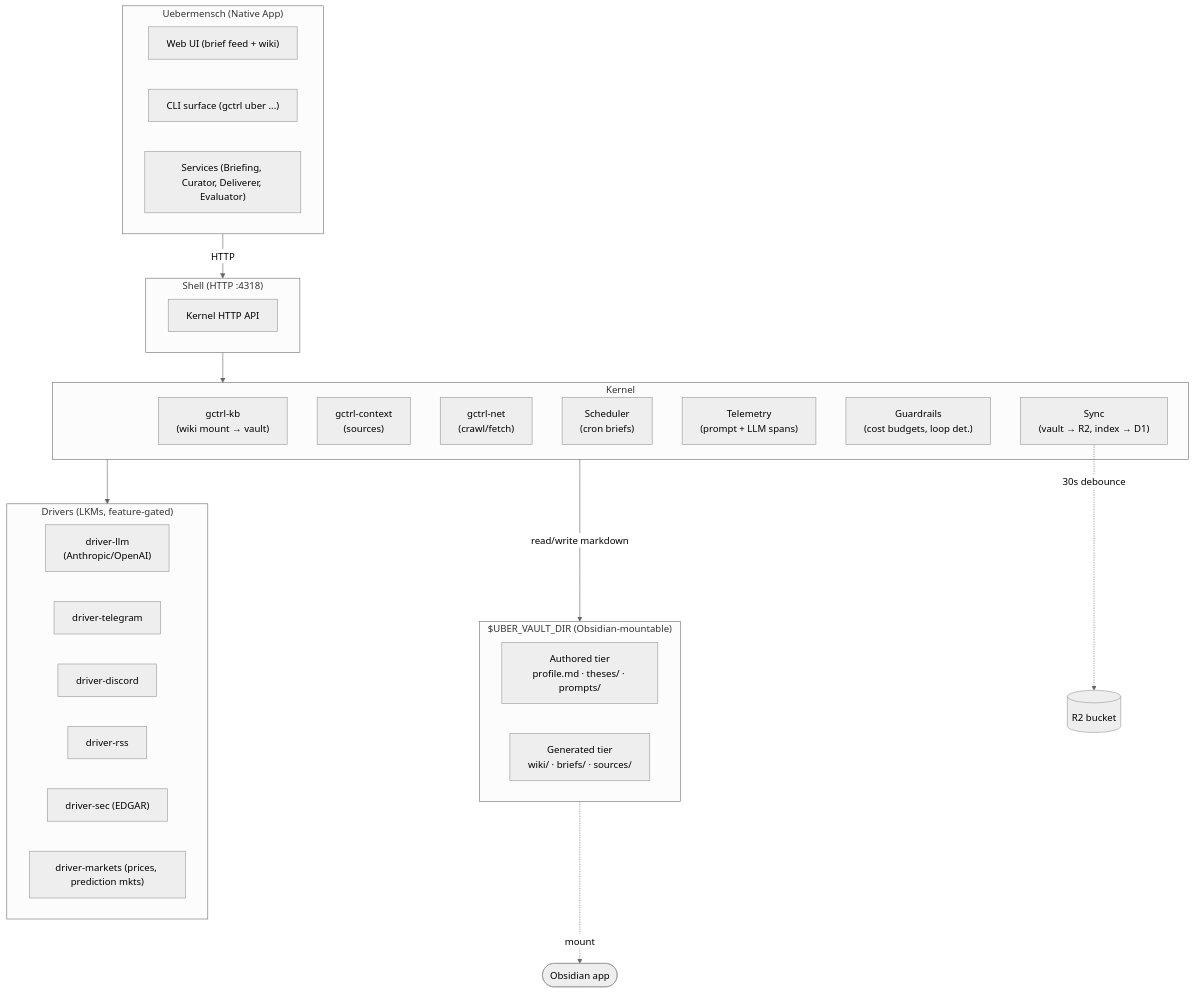
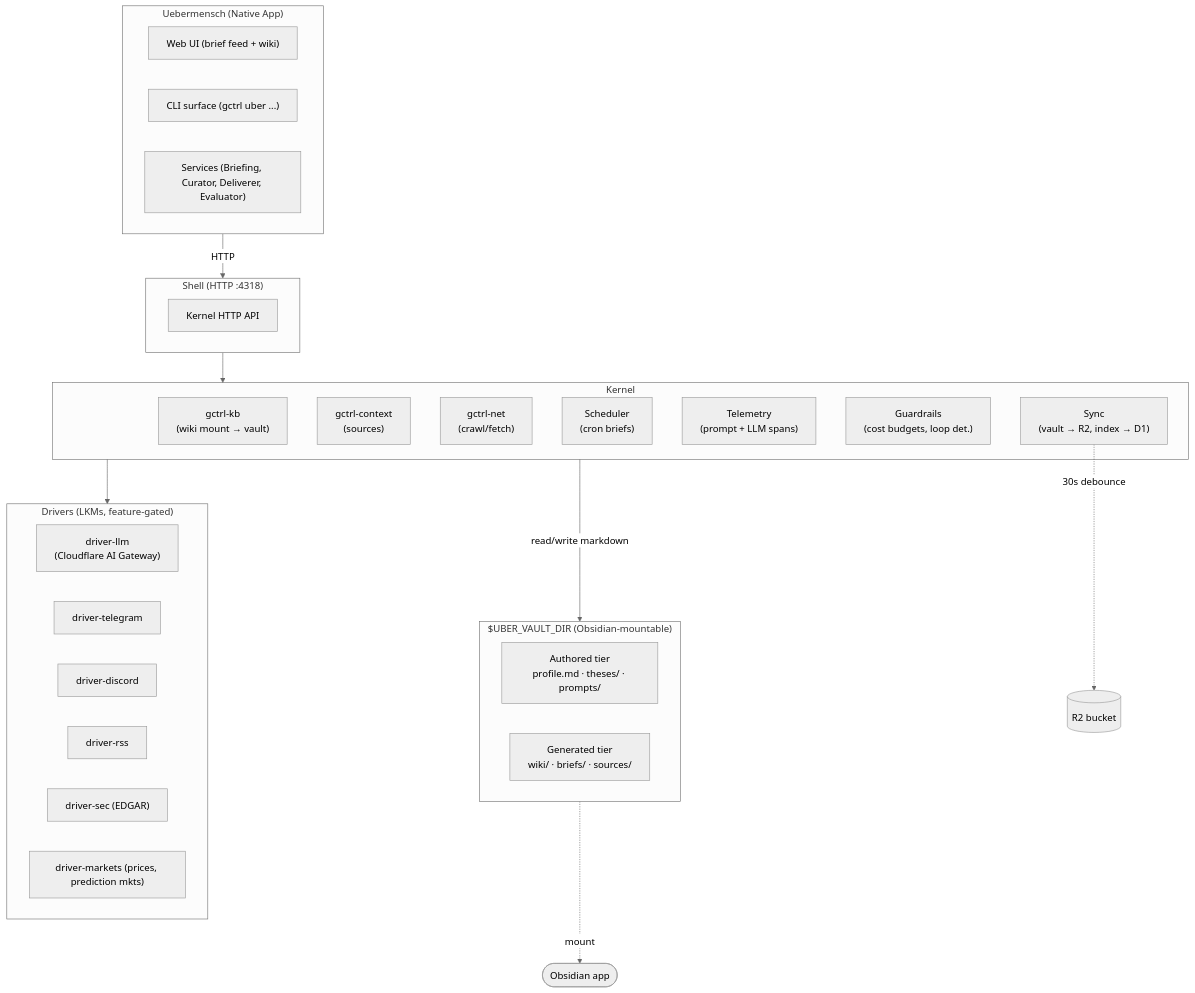
One commit to OpenHackersClub/gctrl changed the diagram in apps/uebermensch/PRD.md. Above: the diagram before and after it, drawn with Mermaid (neutral theme). The commit also changed other lines of this file and 7 other files, not shown here.

First line of the commit message:
feat(uebermensch): insights-only briefs; default driver-llm to Cloudflare AI Gateway

````diff
--- a/apps/uebermensch/PRD.md
+++ b/apps/uebermensch/PRD.md
@@ -11,40 +11,40 @@
 ```mermaid
 flowchart TB
   subgraph App["Uebermensch (Native App)"]
     UI["Web UI (brief feed + wiki)"]
     CLI["CLI surface (gctrl uber ...)"]
     Svc["Services (Briefing, Curator, Deliverer, Evaluator)"]
   end
   subgraph Vault["$UBER_VAULT_DIR (Obsidian-mountable)"]
     direction LR
     Authored["Authored tier\nprofile.md · theses/ · prompts/"]
     Generated["Generated tier\nwiki/ · briefs/ · sources/"]
   end
   subgraph Shell["Shell (HTTP :4318)"]
     direction LR
     HTTP["Kernel HTTP API"]
   end
   subgraph Kernel["Kernel"]
     KB["gctrl-kb\n(wiki mount → vault)"]
     Ctx["gctrl-context\n(sources)"]
     Net["gctrl-net\n(crawl/fetch)"]
     Sched["Scheduler\n(cron briefs)"]
     OTel["Telemetry\n(prompt + LLM spans)"]
     Guard["Guardrails\n(cost budgets, loop det.)"]
     Sync["Sync\n(vault → R2, index → D1)"]
   end
   subgraph Drivers["Drivers (LKMs, feature-gated)"]
-    Llm["driver-llm\n(Anthropic/OpenAI)"]
+    Llm["driver-llm\n(Cloudflare AI Gateway)"]
     Tg["driver-telegram"]
     Dc["driver-discord"]
     Rss["driver-rss"]
     Sec["driver-sec (EDGAR)"]
     Mkt["driver-markets (prices, prediction mkts)"]
   end
   App -->|HTTP| Shell
   Shell --> Kernel
   Kernel -->|read/write markdown| Vault
   Kernel --> Drivers
   Sync -.->|30s debounce| R2[("R2 bucket")]
   Vault -.->|mount| Obsidian(["Obsidian app"])
 ```
````
